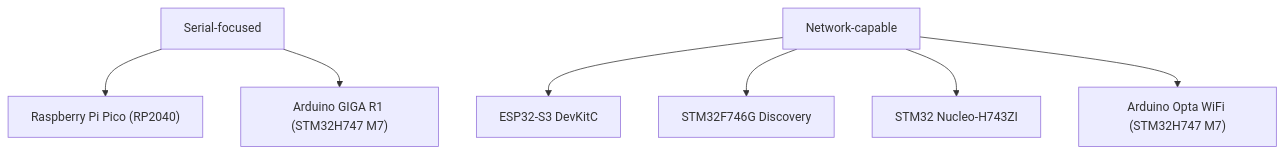
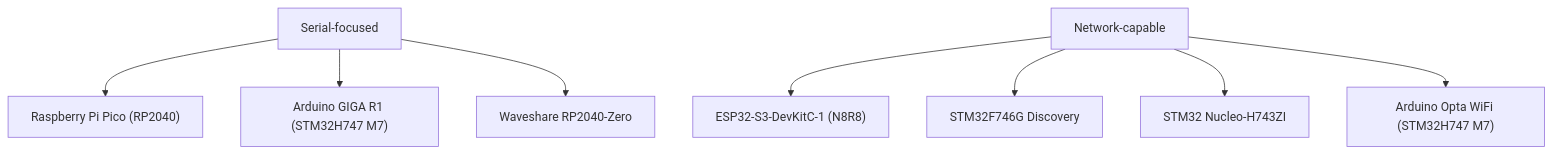
The diagram in docs/docs/reference/boards.md (eduardojvieira/ZPLC), drawn with Mermaid before and after one commit. The commit also changed other lines of this file and 48 other files, not shown here.

````diff
--- a/docs/docs/reference/boards.md
+++ b/docs/docs/reference/boards.md
@@ -17,17 +17,19 @@
 ```mermaid
 flowchart TD
   serial["Serial-focused"]
   network["Network-capable"]
   b1["Raspberry Pi Pico (RP2040)"]
   serial --> b1
   b2["Arduino GIGA R1 (STM32H747 M7)"]
   serial --> b2
-  b3["ESP32-S3 DevKitC"]
+  b3["ESP32-S3-DevKitC-1 (N8R8)"]
   network --> b3
   b4["STM32F746G Discovery"]
   network --> b4
   b5["STM32 Nucleo-H743ZI"]
   network --> b5
   b6["Arduino Opta WiFi (STM32H747 M7)"]
   network --> b6
+  b7["Waveshare RP2040-Zero"]
+  serial --> b7
 ```
````
